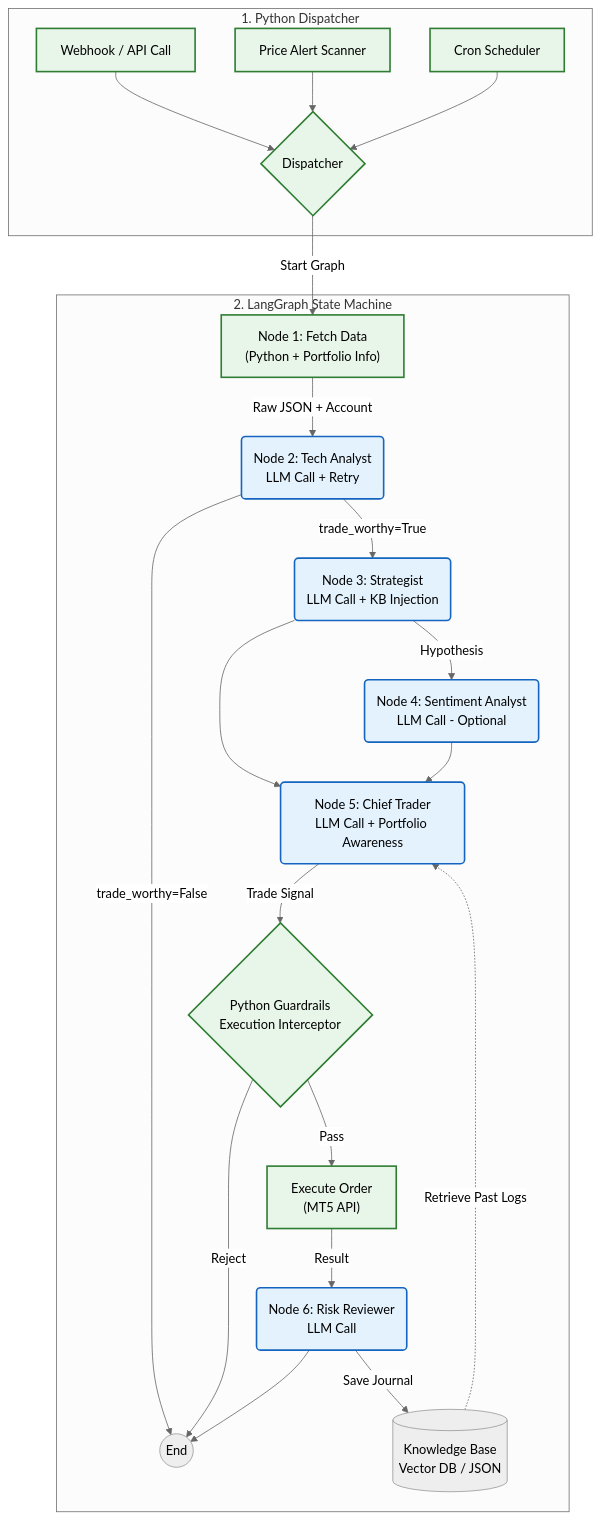
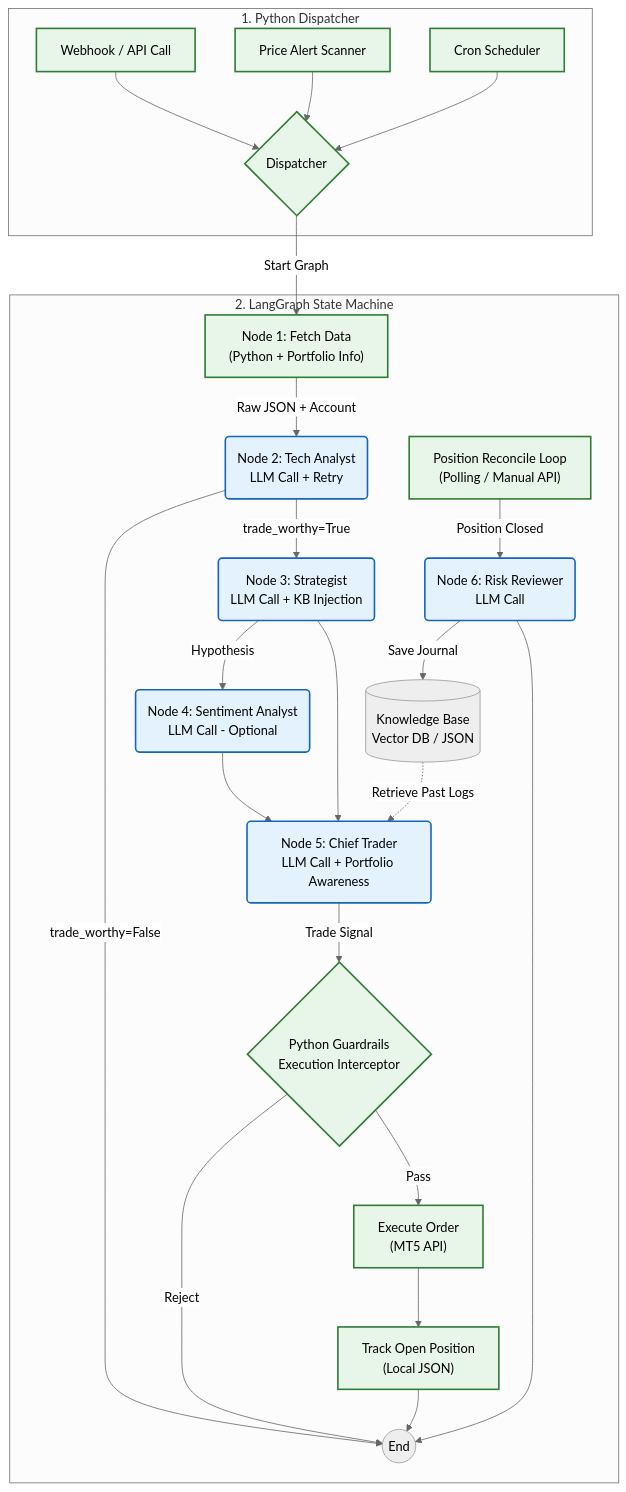
Before and after one commit to insung/agentic-trader: the diagram in docs/agent-workflow-design.md, drawn with Mermaid (neutral theme). The commit also changed other lines of this file and 24 other files, not shown here.

Commit message:
Fix post-close trade review flow

````diff
--- a/docs/agent-workflow-design.md
+++ b/docs/agent-workflow-design.md
@@ -9,41 +9,43 @@
 ```mermaid
 flowchart TD
     %% 트리거 소스
     subgraph Triggers ["1. Python Dispatcher"]
         W["Webhook / API Call"] --> D{"Dispatcher"}
         M["Price Alert Scanner"] --> D
         C["Cron Scheduler"] --> D
     end
 
     %% LangGraph 파이프라인
     subgraph LangGraph ["2. LangGraph State Machine"]
         D -->|"Start Graph"| N_Data["Node 1: Fetch Data\n(Python + Portfolio Info)"]
         
         N_Data -->|"Raw JSON + Account"| N_Tech("Node 2: Tech Analyst\nLLM Call + Retry")
         
         N_Tech -->|"trade_worthy=False"| End(("End"))
         N_Tech -->|"trade_worthy=True"| N_Strat("Node 3: Strategist\nLLM Call + KB Injection")
         
         N_Strat -->|"Hypothesis"| N_Sent("Node 4: Sentiment Analyst\nLLM Call - Optional")
         
         DB[("Knowledge Base\nVector DB / JSON")] -.->|"Retrieve Past Logs"| N_Trader
         N_Strat --> N_Trader
         N_Sent --> N_Trader("Node 5: Chief Trader\nLLM Call + Portfolio Awareness")
         
         N_Trader -->|"Trade Signal"| Guard{"Python Guardrails\nExecution Interceptor"}
         Guard -->|"Reject"| End
         
         Guard -->|"Pass"| Exec["Execute Order\n(MT5 API)"]
+        Exec --> Track["Track Open Position\n(Local JSON)"]
+        Track --> End
         
-        Exec -->|"Result"| N_Review("Node 6: Risk Reviewer\nLLM Call")
+        Monitor["Position Reconcile Loop\n(Polling / Manual API)"] -->|"Position Closed"| N_Review("Node 6: Risk Reviewer\nLLM Call")
         N_Review -->|"Save Journal"| DB
         N_Review --> End
     end
 
     classDef python fill:#e8f5e9,stroke:#2e7d32,stroke-width:2px;
     classDef llm fill:#e3f2fd,stroke:#1565c0,stroke-width:2px;
     classDef guard fill:#ffebee,stroke:#c62828,stroke-width:2px;
     
-    class N_Data,Guard,Exec,D,W,M,C python;
+    class N_Data,Guard,Exec,Track,Monitor,D,W,M,C python;
     class N_Tech,N_Strat,N_Sent,N_Trader,N_Review llm;
 ```
````
